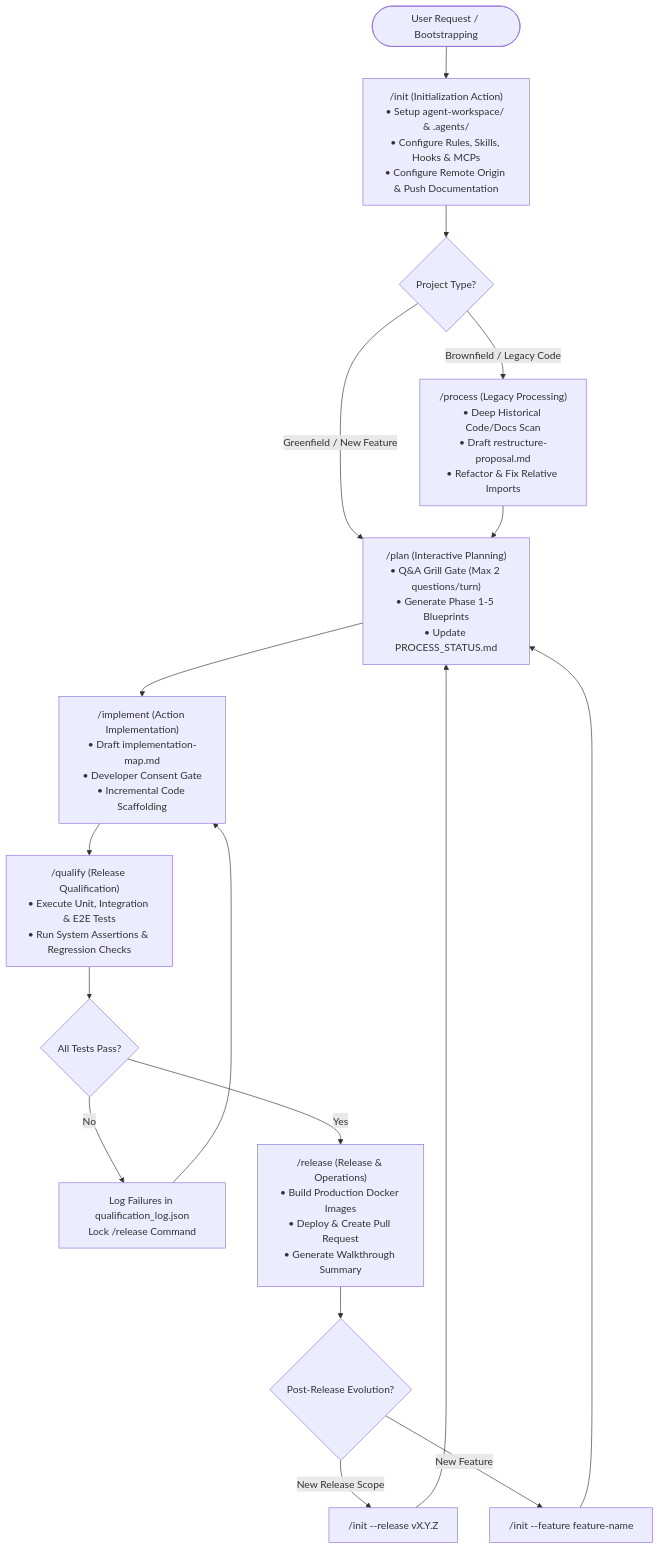
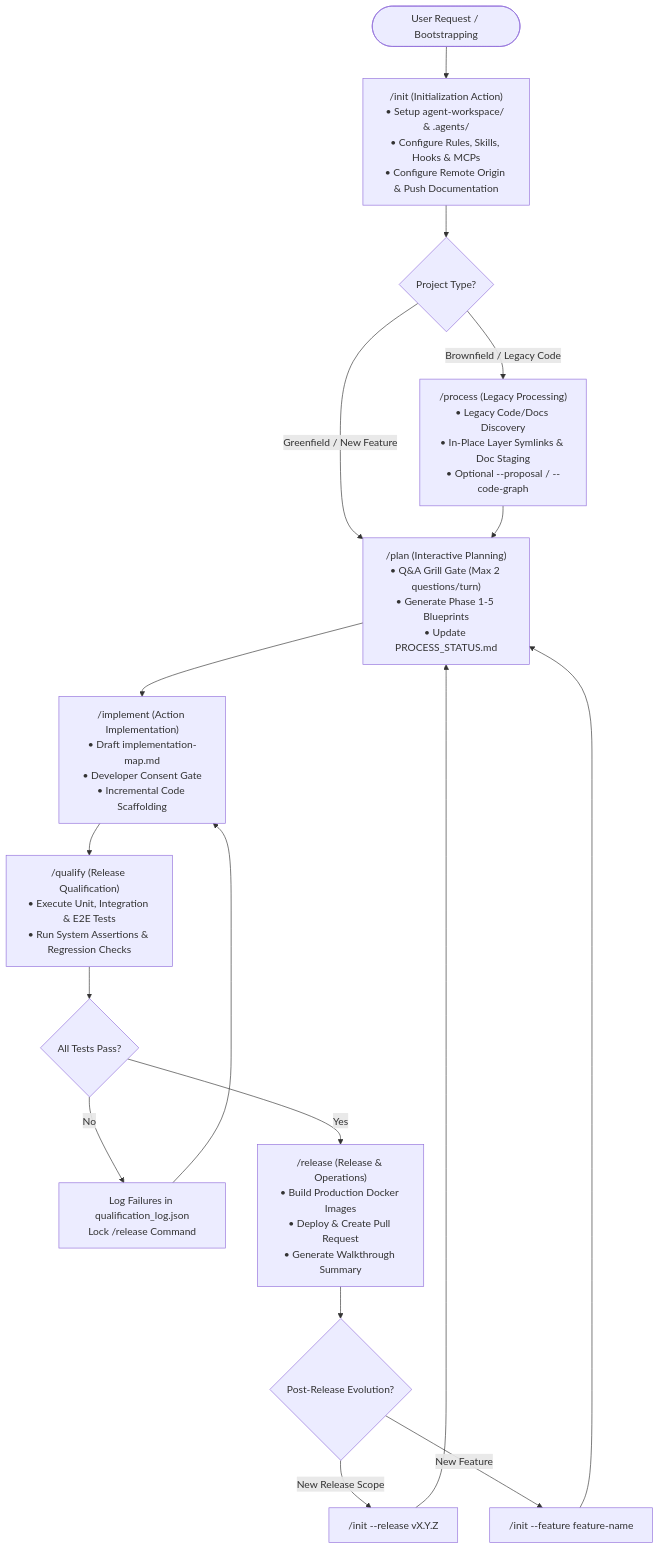
The diagram in actions/summary.md (hrvthgergo/agent-driven-templates), drawn with Mermaid before and after one commit. The commit also changed 12 other files, not shown here.

Commit message:
Refactor process action and guards for in-place brownfield symlinks and on-demand proposal

````diff
--- a/actions/summary.md
+++ b/actions/summary.md
@@ -111,24 +111,24 @@
 ```mermaid
 graph TD
     Start([User Request / Bootstrapping]) --> Init["/init (Initialization Action)<br/>• Setup agent-workspace/ & .agents/<br/>• Configure Rules, Skills, Hooks & MCPs<br/>• Configure Remote Origin & Push Documentation"]
     
     Init --> CheckType{Project Type?}
     
-    CheckType -->|Brownfield / Legacy Code| ProcHist["/process (Legacy Processing)<br/>• Deep Historical Code/Docs Scan<br/>• Draft restructure-proposal.md<br/>• Refactor & Fix Relative Imports"]
+    CheckType -->|Brownfield / Legacy Code| ProcHist["/process (Legacy Processing)<br/>• Legacy Code/Docs Discovery<br/>• In-Place Layer Symlinks & Doc Staging<br/>• Optional --proposal / --code-graph"]
     CheckType -->|Greenfield / New Feature| Plan["/plan (Interactive Planning)<br/>• Q&A Grill Gate (Max 2 questions/turn)<br/>• Generate Phase 1-5 Blueprints<br/>• Update PROCESS_STATUS.md"]
     
     ProcHist --> Plan
     
     Plan --> Implement["/implement (Action Implementation)<br/>• Draft implementation-map.md<br/>• Developer Consent Gate<br/>• Incremental Code Scaffolding"]
     
     Implement --> Qualify["/qualify (Release Qualification)<br/>• Execute Unit, Integration & E2E Tests<br/>• Run System Assertions & Regression Checks"]
     
     Qualify --> TestCheck{All Tests Pass?}
     
     TestCheck -->|No| Fix["Log Failures in qualification_log.json<br/>Lock /release Command"] --> Implement
     TestCheck -->|Yes| Release["/release (Release & Operations)<br/>• Build Production Docker Images<br/>• Deploy & Create Pull Request<br/>• Generate Walkthrough Summary"]
     
     Release --> Evolve{Post-Release Evolution?}
     Evolve -->|New Release Scope| InitRel["/init --release vX.Y.Z"] --> Plan
     Evolve -->|New Feature| InitFeat["/init --feature feature-name"] --> Plan
 ```
````
